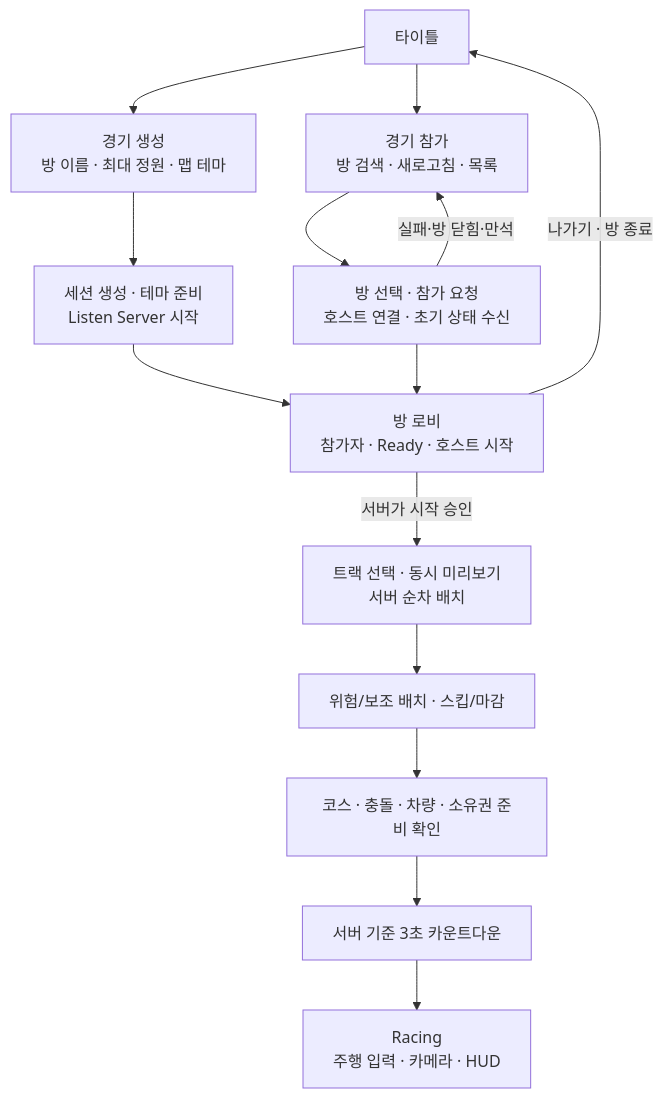
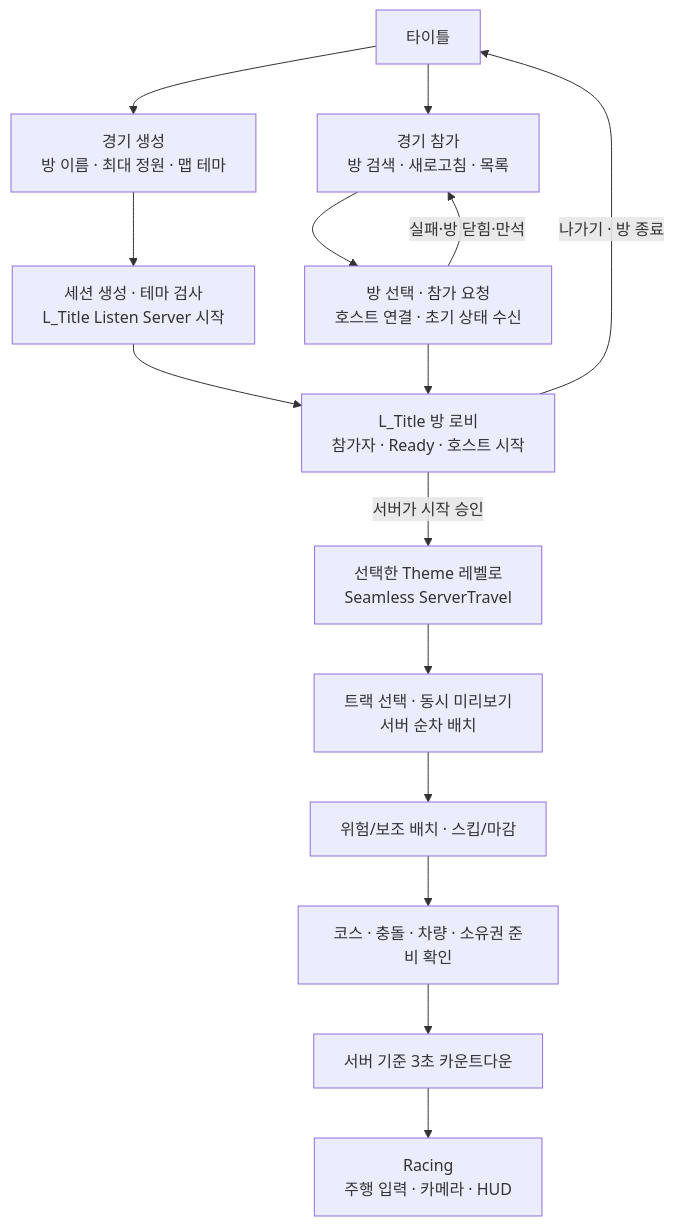
One commit to kevin6091/ProjectMW changed the diagram in Docs/Shared/Client,Server/09_타이틀부터_게임플레이까지_마일스톤.md. Above: the diagram before and after it, drawn with Mermaid. The commit also changed other lines of this file and 46 other files, not shown here.

````diff
--- a/Docs/Shared/Client,Server/09_타이틀부터_게임플레이까지_마일스톤.md
+++ b/Docs/Shared/Client,Server/09_타이틀부터_게임플레이까지_마일스톤.md
@@ -41,16 +41,17 @@
 ```mermaid
 flowchart TD
     Title["타이틀"] --> Create["경기 생성<br/>방 이름 · 최대 정원 · 맵 테마"]
     Title --> Browser["경기 참가<br/>방 검색 · 새로고침 · 목록"]
-    Create --> Host["세션 생성 · 테마 준비<br/>Listen Server 시작"]
-    Host --> Lobby["방 로비<br/>참가자 · Ready · 호스트 시작"]
+    Create --> Host["세션 생성 · 테마 검사<br/>L_Title Listen Server 시작"]
+    Host --> Lobby["L_Title 방 로비<br/>참가자 · Ready · 호스트 시작"]
     Browser --> Join["방 선택 · 참가 요청<br/>호스트 연결 · 초기 상태 수신"]
     Join --> Lobby
-    Lobby -->|"서버가 시작 승인"| Track["트랙 선택 · 동시 미리보기<br/>서버 순차 배치"]
+    Lobby -->|"서버가 시작 승인"| Travel["선택한 Theme 레벨로<br/>Seamless ServerTravel"]
+    Travel --> Track["트랙 선택 · 동시 미리보기<br/>서버 순차 배치"]
     Track --> Hazard["위험/보조 배치 · 스킵/마감"]
     Hazard --> Ready["코스 · 충돌 · 차량 · 소유권 준비 확인"]
     Ready --> Countdown["서버 기준 3초 카운트다운"]
     Countdown --> Racing["Racing<br/>주행 입력 · 카메라 · HUD"]
     Join -->|"실패·방 닫힘·만석"| Browser
     Lobby -->|"나가기 · 방 종료"| Title
 ```
````
